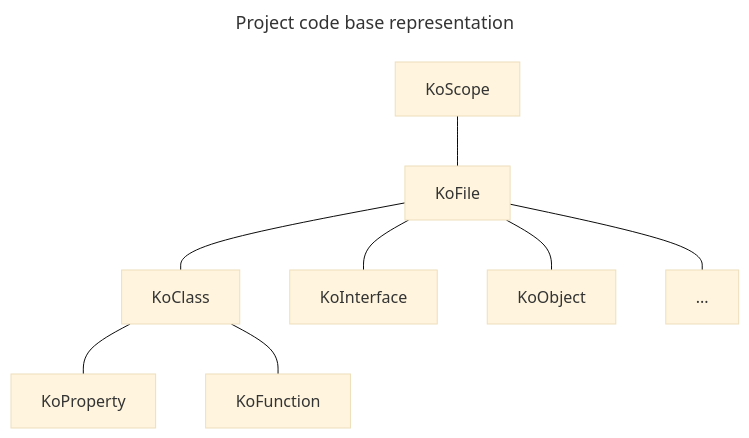
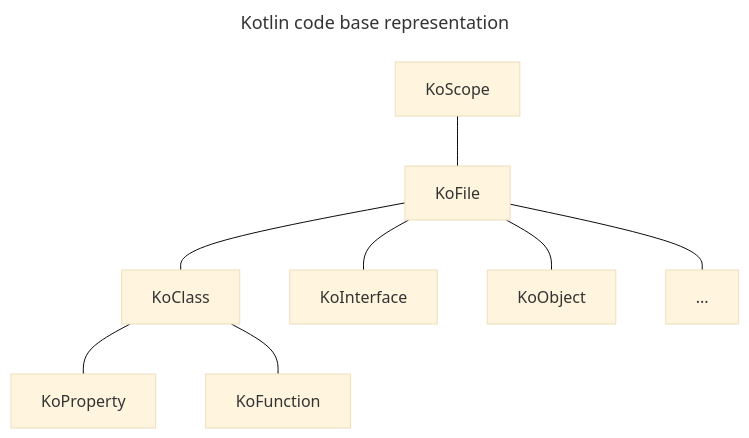
The second of 2 diagrams in docs/features/koscope.md (LemonAppDev/konsist), drawn with Mermaid (base theme) before and after one commit. The commit also changed other lines of this file and 10 other files, not shown here.

````diff
--- a/docs/features/koscope.md
+++ b/docs/features/koscope.md
@@ -7,15 +21,15 @@
 ```mermaid
 ---
-title: Project code base representation
+title: Kotlin code base representation
 ---
 
 flowchart TD
     KoScope
     KoScope---KoFile
     KoFile---KoClass
     KoFile---KoInterface
     KoFile---KoObject
     KoFile---Other["..."]
     KoClass---KoProperty
     KoClass---KoFunction
 ```
````
